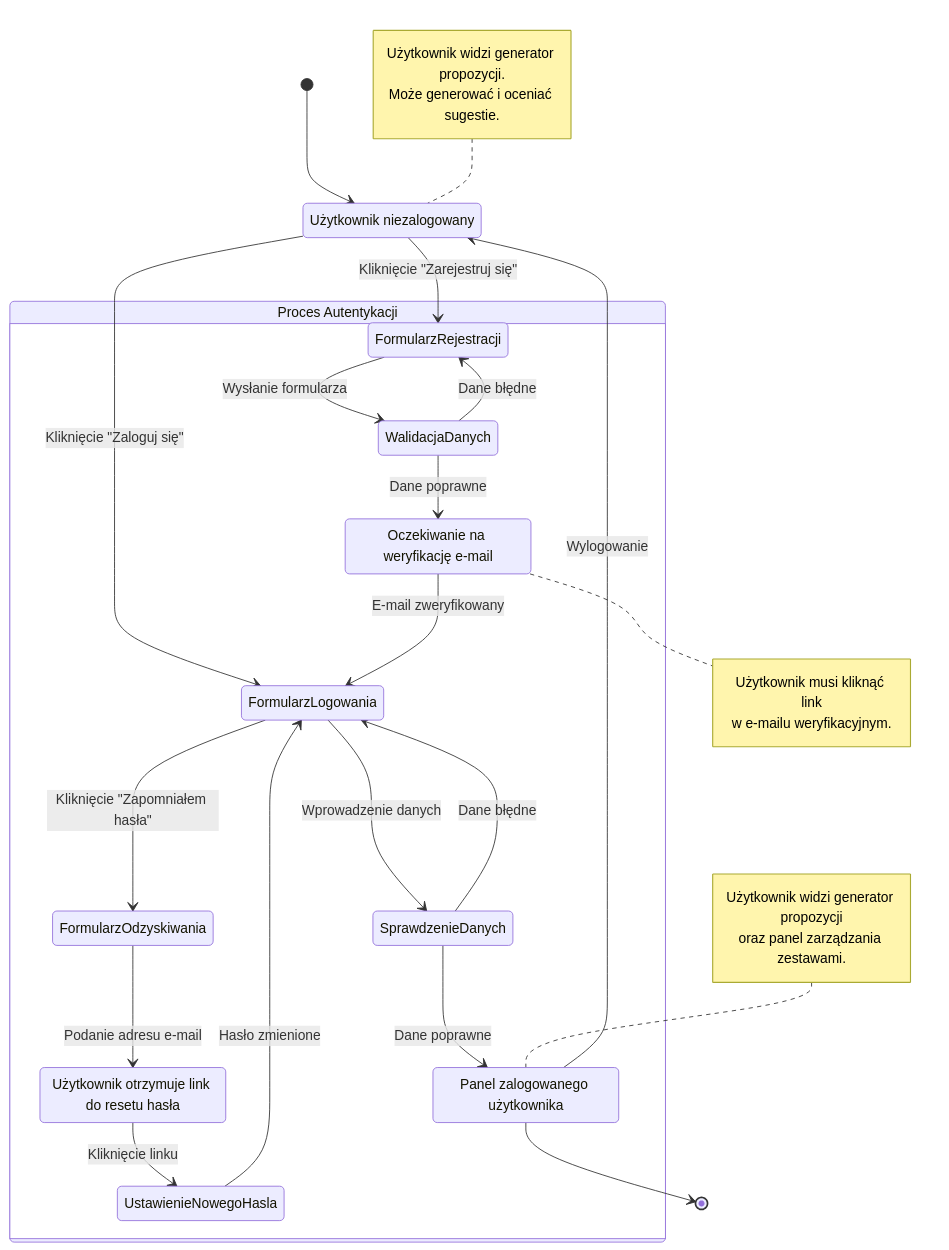
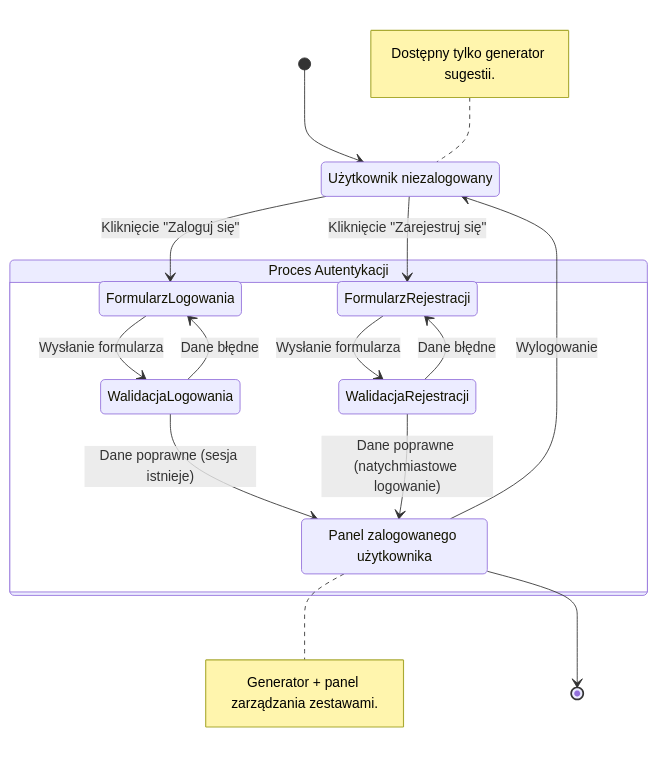
One commit to kkempa-fp/10x-hymns changed the diagram in .ai/diagrams/journey.md. Above: the diagram before and after it, drawn with Mermaid. The commit also changed 25 other files, not shown here.

````diff
--- a/.ai/diagrams/journey.md
+++ b/.ai/diagrams/journey.md
@@ -1,49 +1,34 @@
 ```mermaid
 stateDiagram-v2
     [*] --> WidokNiezalogowany
 
     WidokNiezalogowany: Użytkownik niezalogowany
     note left of WidokNiezalogowany
-        Użytkownik widzi generator propozycji.
-        Może generować i oceniać sugestie.
+        Dostępny tylko generator sugestii.
     end note
 
     WidokNiezalogowany --> FormularzLogowania: Kliknięcie "Zaloguj się"
     WidokNiezalogowany --> FormularzRejestracji: Kliknięcie "Zarejestruj się"
 
     state "Proces Autentykacji" as Autentykacja {
-        FormularzLogowania --> SprawdzenieDanych: Wprowadzenie danych
-        FormularzLogowania --> FormularzOdzyskiwania: Kliknięcie "Zapomniałem hasła"
+        FormularzLogowania --> WalidacjaLogowania: Wysłanie formularza
 
-        state SprawdzenieDanych <<choice>>
-        SprawdzenieDanych --> WidokZalogowany: Dane poprawne
-        SprawdzenieDanych --> FormularzLogowania: Dane błędne
+        state WalidacjaLogowania <<choice>>
+        WalidacjaLogowania --> WidokZalogowany: Dane poprawne (sesja istnieje)
+        WalidacjaLogowania --> FormularzLogowania: Dane błędne
 
-        FormularzRejestracji --> WalidacjaDanych: Wysłanie formularza
+        FormularzRejestracji --> WalidacjaRejestracji: Wysłanie formularza
 
-        state WalidacjaDanych <<choice>>
-        WalidacjaDanych --> OczekiwanieNaWeryfikacje: Dane poprawne
-        WalidacjaDanych --> FormularzRejestracji: Dane błędne
-
-        OczekiwanieNaWeryfikacje: Oczekiwanie na weryfikację e-mail
-        note right of OczekiwanieNaWeryfikacje
-            Użytkownik musi kliknąć link
-            w e-mailu weryfikacyjnym.
-        end note
-        OczekiwanieNaWeryfikacje --> FormularzLogowania: E-mail zweryfikowany
-
-        FormularzOdzyskiwania --> WyslanieLinku: Podanie adresu e-mail
-        WyslanieLinku: Użytkownik otrzymuje link do resetu hasła
-        WyslanieLinku --> UstawienieNowegoHasla: Kliknięcie linku
-        UstawienieNowegoHasla --> FormularzLogowania: Hasło zmienione
+        state WalidacjaRejestracji <<choice>>
+        WalidacjaRejestracji --> WidokZalogowany: Dane poprawne (natychmiastowe logowanie)
+        WalidacjaRejestracji --> FormularzRejestracji: Dane błędne
     }
 
     WidokZalogowany: Panel zalogowanego użytkownika
-    note left of WidokZalogowany
-        Użytkownik widzi generator propozycji
-        oraz panel zarządzania zestawami.
+    note right of WidokZalogowany
+        Generator + panel zarządzania zestawami.
     end note
 
     WidokZalogowany --> WidokNiezalogowany: Wylogowanie
     WidokZalogowany --> [*]
 ```
````
